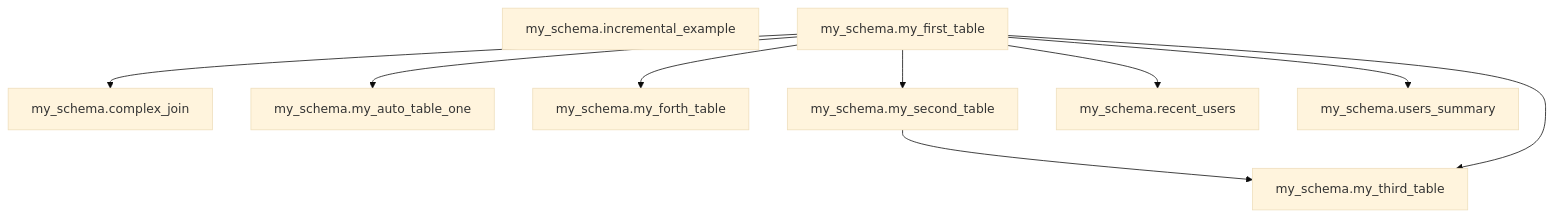
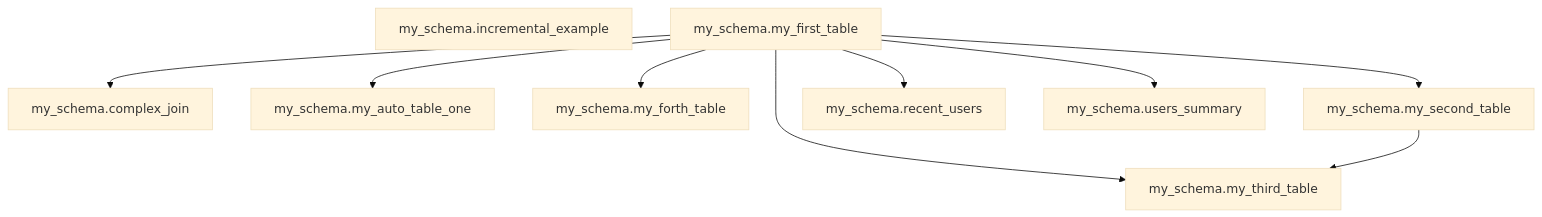
One commit to francescomucio/tee-as-transformation changed the diagram in t_project/output/dependency_report.md. Above: the diagram before and after it, drawn with Mermaid (base theme). The commit also changed other lines of this file and 77 other files, not shown here.

````diff
--- a/t_project/output/dependency_report.md
+++ b/t_project/output/dependency_report.md
@@ -15,31 +15,31 @@
 ```mermaid
 graph TD
     my_schema_complex_join["my_schema.complex_join"]
     my_schema_incremental_example["my_schema.incremental_example"]
     my_schema_my_auto_table_one["my_schema.my_auto_table_one"]
     my_schema_my_first_table["my_schema.my_first_table"]
     my_schema_my_forth_table["my_schema.my_forth_table"]
     my_schema_my_second_table["my_schema.my_second_table"]
     my_schema_my_third_table["my_schema.my_third_table"]
     my_schema_recent_users["my_schema.recent_users"]
     my_schema_users_summary["my_schema.users_summary"]
     my_schema_my_first_table --> my_schema_my_forth_table
     my_schema_my_first_table --> my_schema_my_second_table
+    my_schema_my_first_table --> my_schema_my_third_table
     my_schema_my_second_table --> my_schema_my_third_table
-    my_schema_my_first_table --> my_schema_my_third_table
     my_schema_my_first_table --> my_schema_users_summary
     my_schema_my_first_table --> my_schema_recent_users
     my_schema_my_first_table --> my_schema_complex_join
     my_schema_my_first_table --> my_schema_my_auto_table_one
 
     %% Execution Order:
     %% 1. my_schema.incremental_example
     %% 2. my_schema.my_first_table
     %% 3. my_schema.my_forth_table
     %% 4. my_schema.my_second_table
     %% 5. my_schema.users_summary
     %% 6. my_schema.recent_users
     %% 7. my_schema.complex_join
     %% 8. my_schema.my_auto_table_one
     %% 9. my_schema.my_third_table
 ```
````
